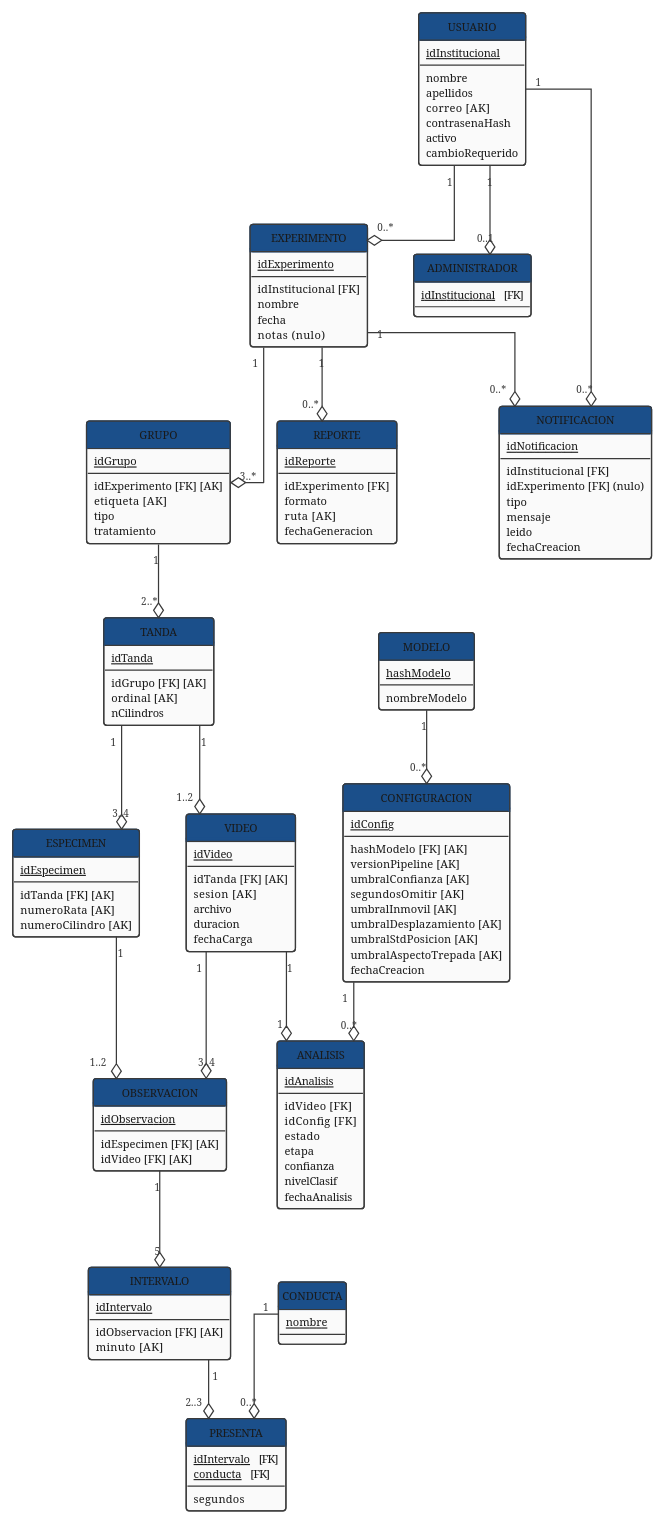
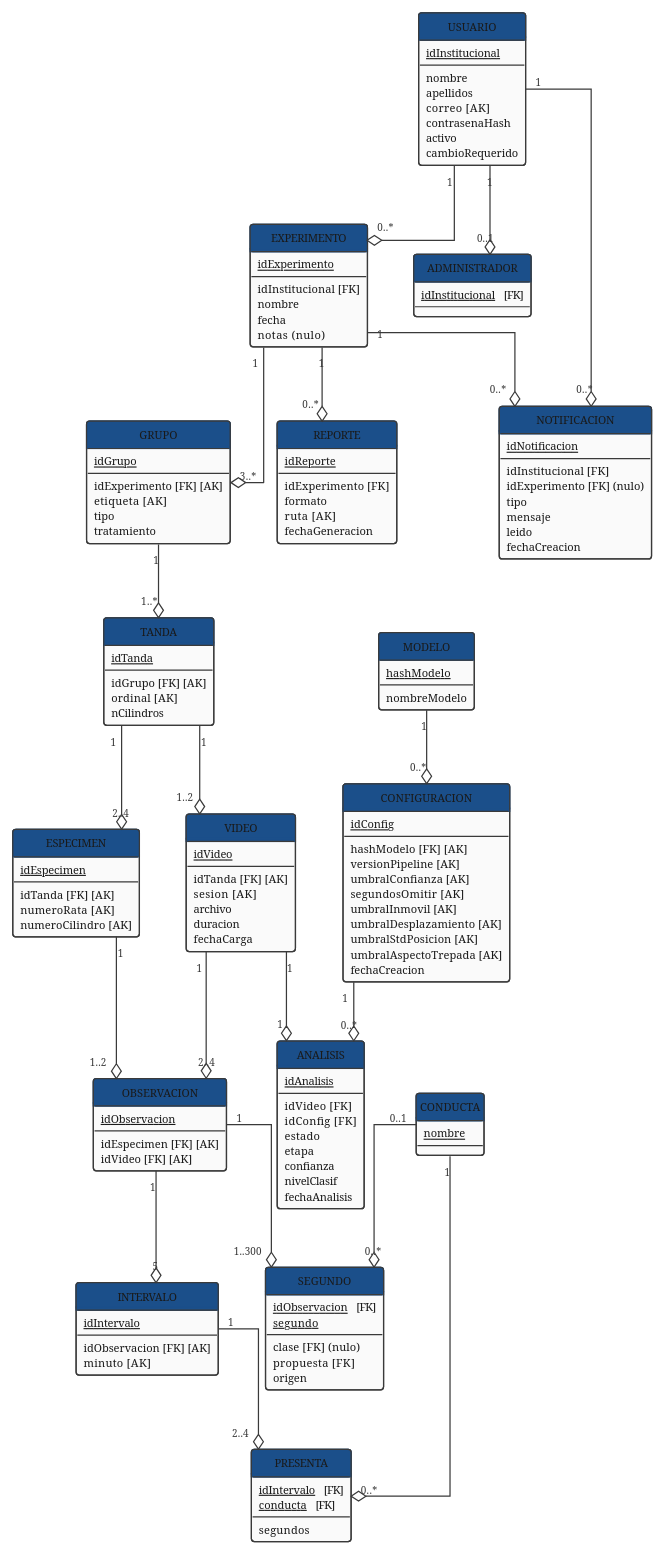
Before and after one commit to ErickJester/fst-ai-system-latex: the diagram in diagramas/grafo_relacional_reconciliado.puml, drawn with PlantUML. The commit also changed 62 other files, not shown here.

```diff
--- a/diagramas/grafo_relacional_reconciliado.puml
+++ b/diagramas/grafo_relacional_reconciliado.puml
@@ -12,7 +12,11 @@
 '  modelado como subtipo -- si el usuario no aparece aqui, es
 '  investigador simple.
 '
-'  16 relaciones - 74 atributos - 17 llaves foraneas.
+'  17 relaciones - 79 atributos - 20 llaves foraneas.
+'  (D-35, 3-oct: se agrego SEGUNDO, con 5 atributos y 3 llaves
+'   foraneas: idObservacion, clase y propuesta. Su clave es
+'   (idObservacion, segundo) y los otros tres atributos dependen
+'   solo de ella, asi que queda en BCNF.)
 '  (D-25, 15-sep: se agrego USUARIO.cambioRequerido, sube de 73 a 74)
 '  Validado relacion por relacion: las cuatro de la reconciliacion
 '  y ADMINISTRADOR quedan en BCNF.
@@ -186,6 +190,15 @@
   segundos
 }
 
+class SEGUNDO {
+  <u>idObservacion</u>   [FK]
+  <u>segundo</u>
+  --
+  clase   [FK] (nulo)
+  propuesta   [FK]
+  origen
+}
+
 class ADMINISTRADOR {
   <u>idInstitucional</u>   [FK]
 }
@@ -240,17 +253,19 @@
 
 USUARIO        "1" --o "0..*" EXPERIMENTO
 EXPERIMENTO    "1" --o "3..*" GRUPO
-GRUPO          "1" --o "2..*" TANDA
-TANDA          "1" --o "3..4" ESPECIMEN
+GRUPO          "1" --o "1..*" TANDA
+TANDA          "1" --o "2..4" ESPECIMEN
 TANDA          "1" --o "1..2" VIDEO
 VIDEO          "1" --o "1"    ANALISIS
 CONFIGURACION  "1" --o "0..*" ANALISIS
 MODELO         "1" --o "0..*" CONFIGURACION
 ESPECIMEN      "1" --o "1..2" OBSERVACION
-VIDEO          "1" --o "3..4" OBSERVACION
+VIDEO          "1" --o "2..4" OBSERVACION
 OBSERVACION    "1" --o "5"    INTERVALO
-INTERVALO      "1" --o "2..3" PRESENTA
+INTERVALO      "1" --o "2..4" PRESENTA
 CONDUCTA       "1" --o "0..*" PRESENTA
+OBSERVACION    "1" --o "1..300" SEGUNDO
+CONDUCTA       "0..1" --o "0..*" SEGUNDO
 EXPERIMENTO    "1" --o "0..*" REPORTE
 USUARIO        "1" --o "0..*" NOTIFICACION
 EXPERIMENTO    "1" --o "0..*" NOTIFICACION
```
